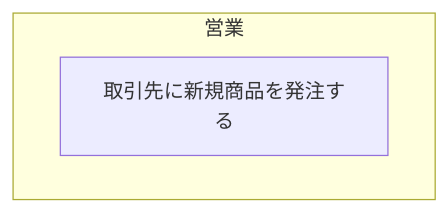
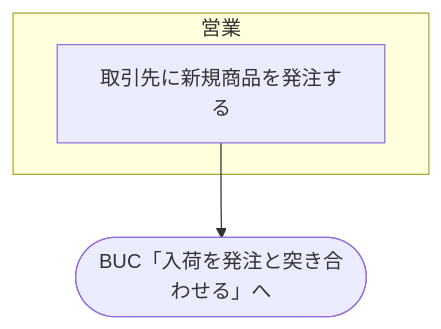
Diagram 23 of 37 in docs/rdra/diagrams.md (Nke0628/rdra-webapp), drawn with Mermaid before and after one commit. The commit also changed other lines of this file and 10 other files, not shown here.

First line of the commit message:
rdra: BUCの表に先・次の列を足し、業務フロー図を描く(追加質問 1件)

````diff
--- a/docs/rdra/diagrams.md
+++ b/docs/rdra/diagrams.md
@@ -376,7 +569,8 @@
 ```mermaid
 flowchart TB
   subgraph l1["営業"]
     act2["取引先に新規商品を発注する"]
   end
+  act2 --> to3(["BUC「入荷を発注と突き合わせる」へ"])
   classDef hyp stroke-dasharray:5 5,stroke:#d97706,color:#92400e
 ```
````
